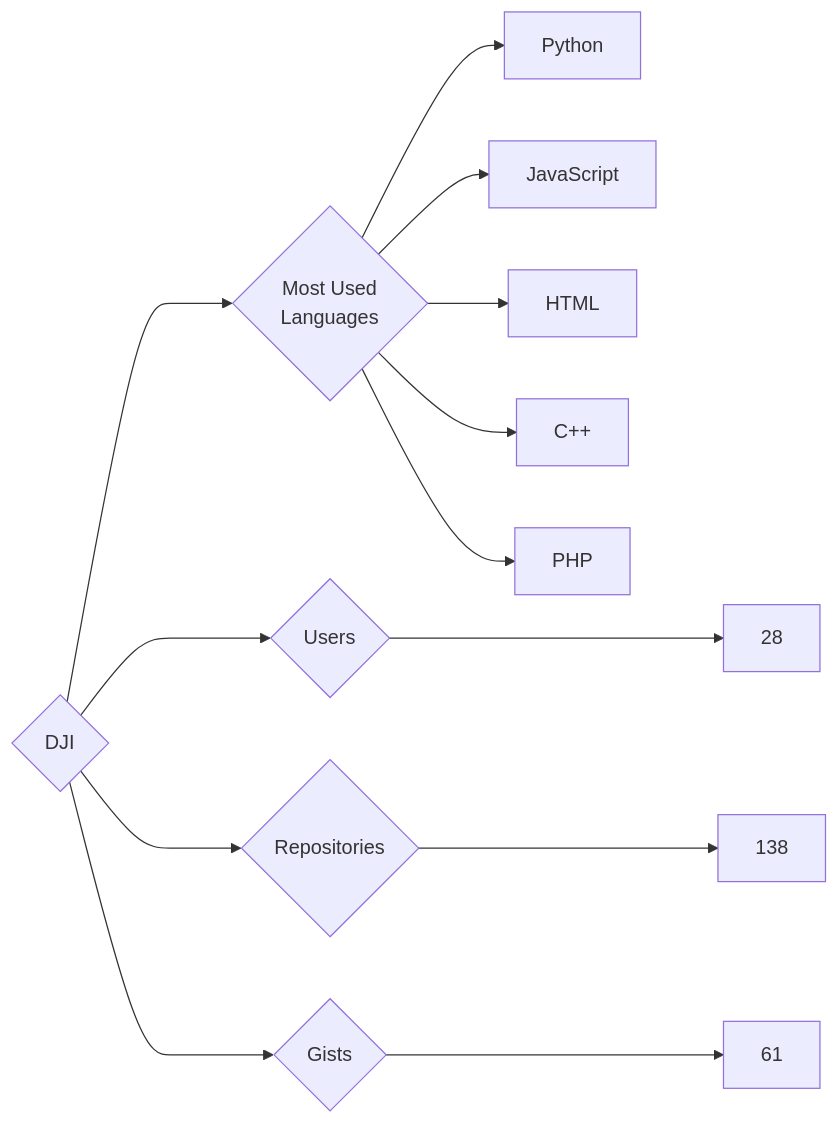
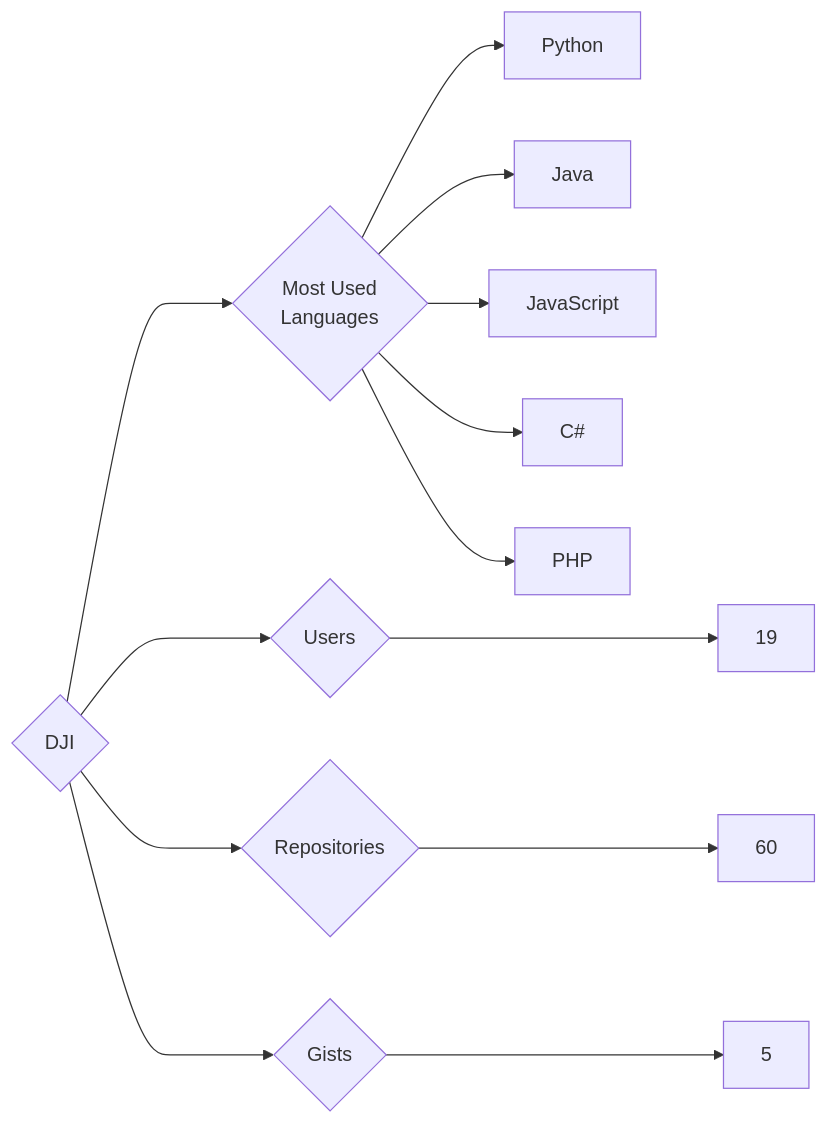
The diagram in targets/DJI/README.md (trickest/insiders), drawn with Mermaid before and after one commit. The commit also changed 633 other files, not shown here.

````diff
--- a/targets/DJI/README.md
+++ b/targets/DJI/README.md
@@ -3,13 +3,13 @@
 ```mermaid
 graph LR
 COMPANY_NAME{DJI}
-COMPANY_NAME ---> U{Users} ---> UN[28]
-COMPANY_NAME ---> R{Repositories} ---> RN[138]
-COMPANY_NAME ---> G{Gists} ---> GN[61]
+COMPANY_NAME ---> U{Users} ---> UN[19]
+COMPANY_NAME ---> R{Repositories} ---> RN[60]
+COMPANY_NAME ---> G{Gists} ---> GN[5]
 COMPANY_NAME ---> ML{Most Used<br>Languages}
 ML --> Python[Python]
+ML --> Java[Java]
 ML --> JavaScript[JavaScript]
-ML --> HTML[HTML]
-ML --> C++[C++]
+ML --> C#[C#]
 ML --> PHP[PHP]
 ```
````
